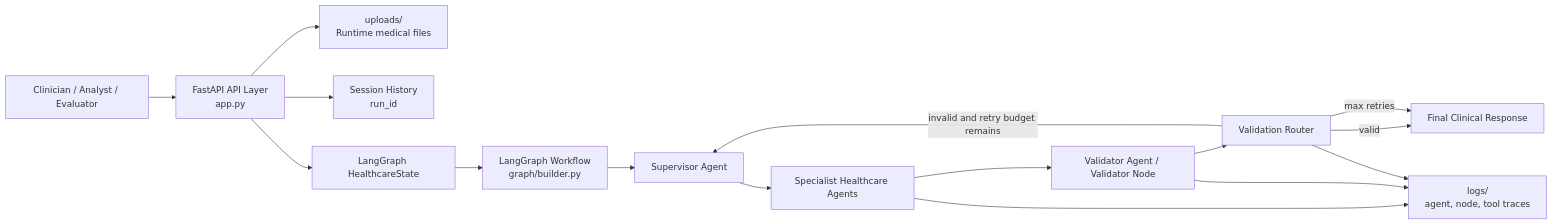
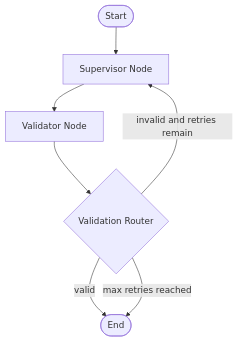
One commit to Vishwajit-github/healthcare_intelligence changed the first of 2 diagrams in ARCHITECTURE.md. Above: the diagram before and after it, drawn with Mermaid. The commit also changed other lines of this file and 4 other files, not shown here.

````diff
--- a/ARCHITECTURE.md
+++ b/ARCHITECTURE.md
@@ -44,22 +100,9 @@
 ```mermaid
-flowchart LR
-    User[Clinician / Analyst / Evaluator] --> API[FastAPI API Layer<br/>app.py]
-
-    API --> Uploads[uploads/<br/>Runtime medical files]
-    API --> History[Session History<br/>run_id]
-    API --> State[LangGraph HealthcareState]
-
-    State --> Graph[LangGraph Workflow<br/>graph/builder.py]
-    Graph --> Supervisor[Supervisor Agent]
-    Supervisor --> Specialists[Specialist Healthcare Agents]
-    Specialists --> Validator[Validator Agent / Validator Node]
-    Validator --> Router[Validation Router]
-
-    Router -->|valid| Response[Final Clinical Response]
-    Router -->|invalid and retry budget remains| Supervisor
-    Router -->|max retries| Response
-
-    Specialists --> Logs[logs/<br/>agent, node, tool traces]
-    Validator --> Logs
-    Router --> Logs
+flowchart TB
+    Start([Start]) --> Supervisor[Supervisor Node]
+    Supervisor --> Validator[Validator Node]
+    Validator --> Router{Validation Router}
+    Router -->|valid| End([End])
+    Router -->|invalid and retries remain| Supervisor
+    Router -->|max retries reached| End
 ```
````
